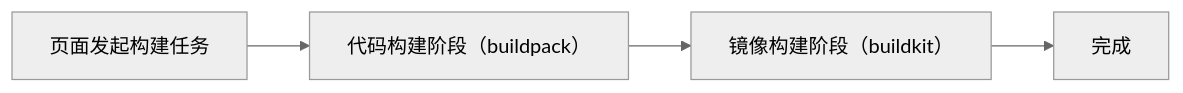
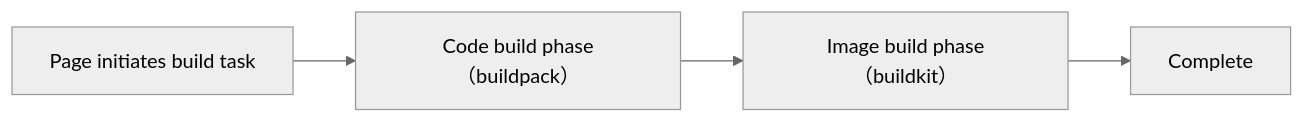
One commit to goodrain/rainbond-docs changed the first of 2 diagrams in docs/troubleshooting/common.md. Above: the diagram before and after it, drawn with Mermaid (neutral theme). The commit also changed other lines of this file and 855 other files, not shown here.

````diff
--- a/docs/troubleshooting/common.md
+++ b/docs/troubleshooting/common.md
@@ -10,6 +10,6 @@
 ```mermaid
 flowchart LR
-    A[页面发起构建任务] --> B[代码构建阶段（buildpack）]
-    B --> C[镜像构建阶段（buildkit）]
-    C --> D[完成]
+    A[Page initiates build task] --> B[Code build phase（buildpack）]
+    B --> C[Image build phase（buildkit）]
+    C --> D[Complete]
 ```
````
